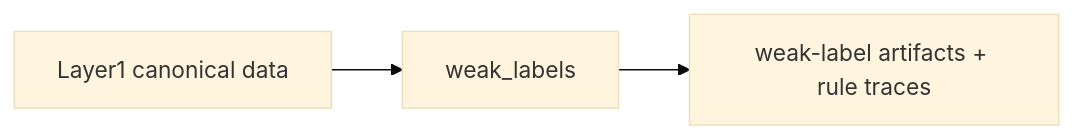
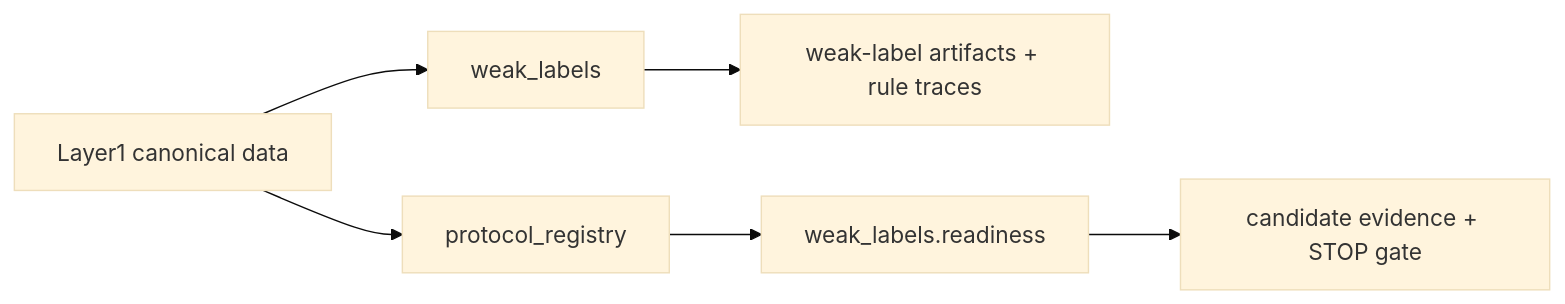
The diagram in Backend/Benchmark/weak_labels/FLOW.md (lawnguyenit/AgriFusion-IoT), drawn with Mermaid (base theme) before and after one commit. The commit also changed other lines of this file and 44 other files, not shown here.

````diff
--- a/Backend/Benchmark/weak_labels/FLOW.md
+++ b/Backend/Benchmark/weak_labels/FLOW.md
@@ -5,5 +5,8 @@
 ```mermaid
 flowchart LR
     A["Layer1 canonical data"] --> B["weak_labels"]
     B --> C["weak-label artifacts + rule traces"]
+    A --> D["protocol_registry"]
+    D --> E["weak_labels.readiness"]
+    E --> F["candidate evidence + STOP gate"]
 ```
````
